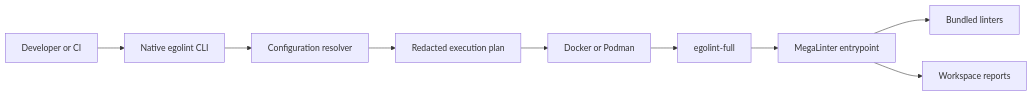
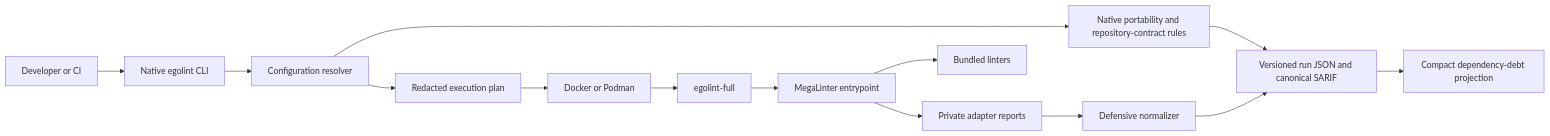
One commit to egohygiene/egolint changed the diagram in docs/architecture.md. Above: the diagram before and after it, drawn with Mermaid. The commit also changed other lines of this file and 88 other files, not shown here.

````diff
--- a/docs/architecture.md
+++ b/docs/architecture.md
@@ -6,11 +6,16 @@
 ```mermaid
 flowchart LR
   U[Developer or CI] --> C[Native egolint CLI]
   C --> R[Configuration resolver]
+  R --> N[Native portability and repository-contract rules]
   R --> P[Redacted execution plan]
   P --> D[Docker or Podman]
   D --> F[egolint-full]
   F --> M[MegaLinter entrypoint]
   M --> L[Bundled linters]
-  M --> O[Workspace reports]
+  M --> A[Private adapter reports]
+  A --> Z[Defensive normalizer]
+  N --> O[Versioned run JSON and canonical SARIF]
+  Z --> O
+  O --> B[Compact dependency-debt projection]
 ```
````
